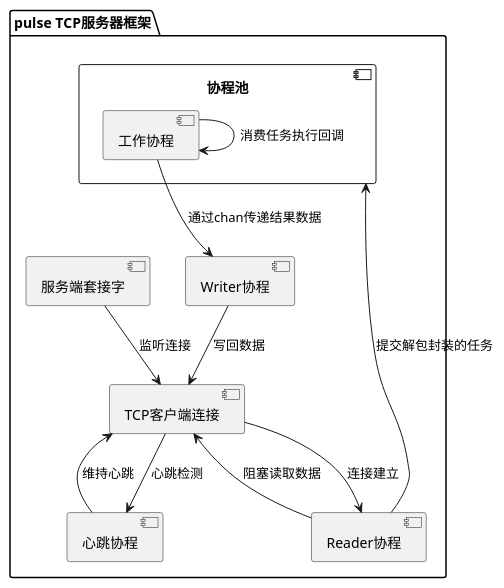
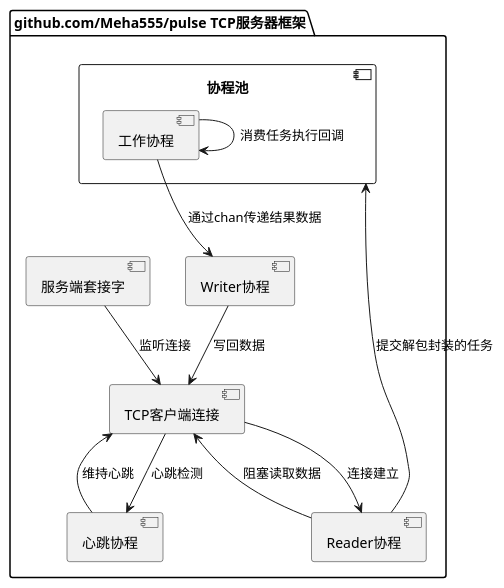
One commit to Meha555/pulse changed the diagram in docs/architecture.plantuml. Above: the diagram before and after it, drawn with PlantUML. The commit also changed 87 other files, not shown here.

```diff
--- a/docs/architecture.plantuml
+++ b/docs/architecture.plantuml
@@ -1,22 +1,22 @@
 @startuml
-package "pulse TCP服务器框架" {
+package "github.com/Meha555/pulse TCP服务器框架" {
     component "服务端套接字" as serverSocket
     component "TCP客户端连接" as clientConnection
     component "Reader协程" as readerCoroutine
     component "Writer协程" as writerCoroutine
     component "心跳协程" as heartbeatCoroutine
     component "协程池" as coroutinePool {
         component "工作协程" as workerCoroutine
     }
 }
 
 serverSocket --> clientConnection : 监听连接
 clientConnection --> readerCoroutine : 连接建立
 readerCoroutine --> clientConnection : 阻塞读取数据
 readerCoroutine --> coroutinePool : 提交解包封装的任务
 workerCoroutine --> workerCoroutine : 消费任务执行回调
 workerCoroutine --> writerCoroutine : 通过chan传递结果数据
 writerCoroutine --> clientConnection : 写回数据
 clientConnection --> heartbeatCoroutine : 心跳检测
 heartbeatCoroutine --> clientConnection : 维持心跳
 @enduml
```
